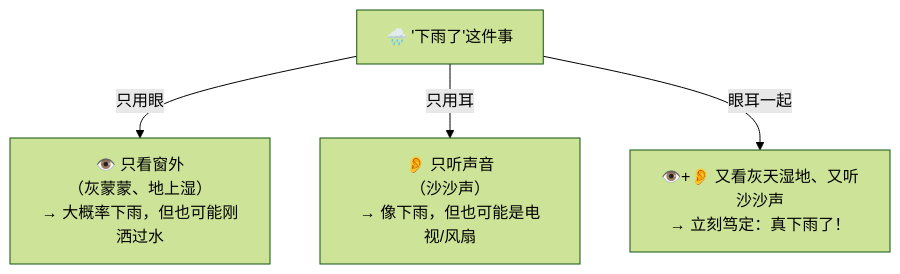
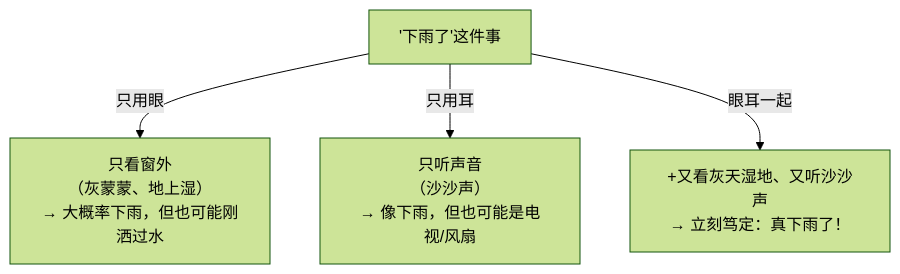
One commit to luckykhy/KhyAiHub changed the fifth of 6 diagrams in docs/02_CONCEPTS_概念入门/CONCEPT/[CONCEPT-27] 什么是多模态-Multimodal.md. Above: the diagram before and after it, drawn with Mermaid (forest theme). The commit also changed other lines of this file and 19 other files, not shown here.

````diff
--- a/docs/02_CONCEPTS_概念入门/CONCEPT/[CONCEPT-27] 什么是多模态-Multimodal.md
+++ b/docs/02_CONCEPTS_概念入门/CONCEPT/[CONCEPT-27] 什么是多模态-Multimodal.md
@@ -249,7 +249,7 @@
 ```mermaid
 flowchart TB
-  RAIN["🌧️ '下雨了'这件事"]
-  RAIN -->|"只用眼"| E1["👁️ 只看窗外<br/>（灰蒙蒙、地上湿）<br/>→ 大概率下雨，但也可能刚洒过水"]
-  RAIN -->|"只用耳"| E2["👂 只听声音<br/>（沙沙声）<br/>→ 像下雨，但也可能是电视/风扇"]
-  RAIN -->|"眼耳一起"| E3["👁️+👂 又看灰天湿地、又听沙沙声<br/>→ 立刻笃定：真下雨了！"]
+  RAIN["'下雨了'这件事"]
+  RAIN -->|"只用眼"| E1["只看窗外<br/>（灰蒙蒙、地上湿）<br/>→ 大概率下雨，但也可能刚洒过水"]
+  RAIN -->|"只用耳"| E2["只听声音<br/>（沙沙声）<br/>→ 像下雨，但也可能是电视/风扇"]
+  RAIN -->|"眼耳一起"| E3["+又看灰天湿地、又听沙沙声<br/>→ 立刻笃定：真下雨了！"]
 ```
````
